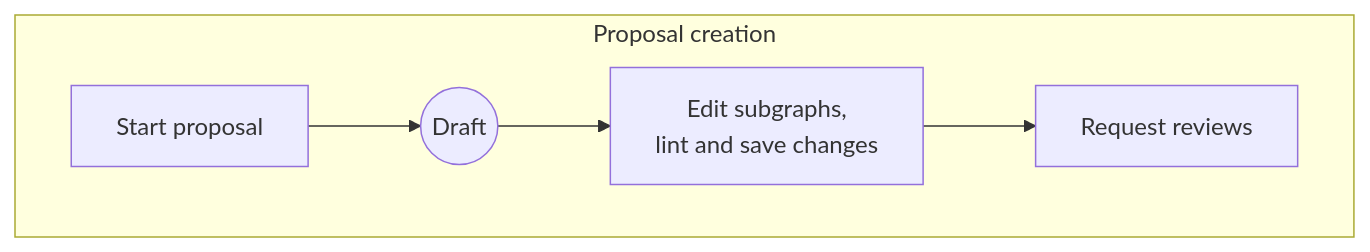
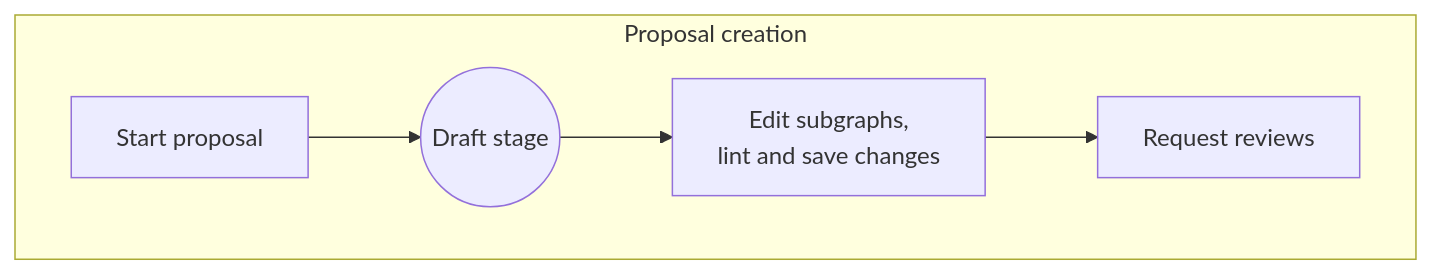
One commit to apollographql/docs changed the first of 5 diagrams in src/content/graphos/delivery/schema-proposals.mdx. Above: the diagram before and after it, drawn with Mermaid. The commit also changed other lines of this file and 5 other files, not shown here.

Commit message:
Use "stage" vs. "status"

````diff
--- a/src/content/graphos/delivery/schema-proposals.mdx
+++ b/src/content/graphos/delivery/schema-proposals.mdx
@@ -53,12 +57,13 @@
 ```mermaid
 graph LR
     subgraph Draft ["Proposal creation"]
     direction LR
     Creation["Start proposal"]
-    DraftStatus((Draft))
+    DraftStage(("Draft stage"))
     Edit["Edit subgraphs,  <br/> lint and save changes"]
     Request["Request reviews"]
-    Creation -->  DraftStatus --> Edit --> Request
+    Creation -->  DraftStage --> Edit --> Request
     end
-    class DraftStatus secondary;
+    class DraftStage secondary;
+    class DraftStage CircleSize50;
 ```
````
